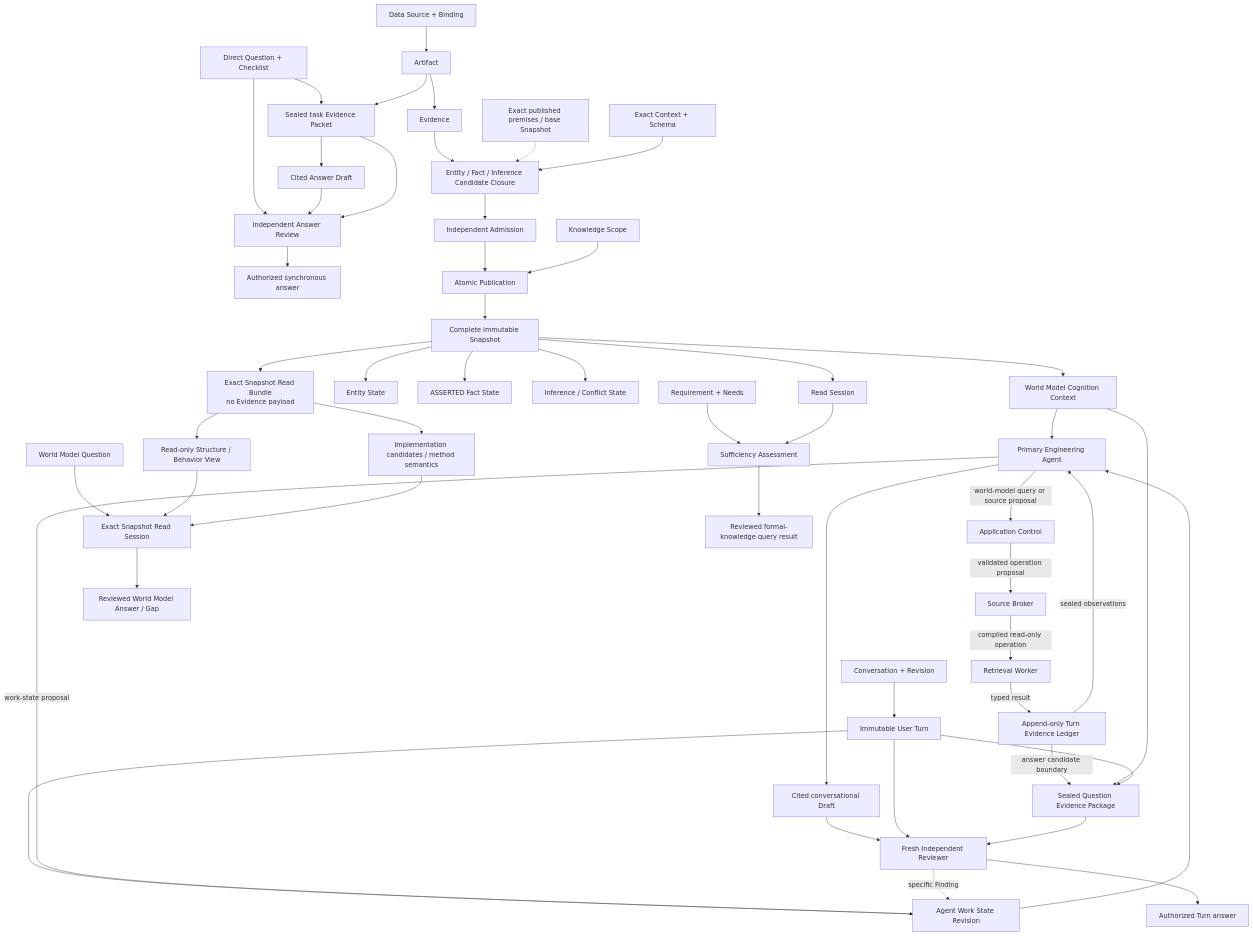
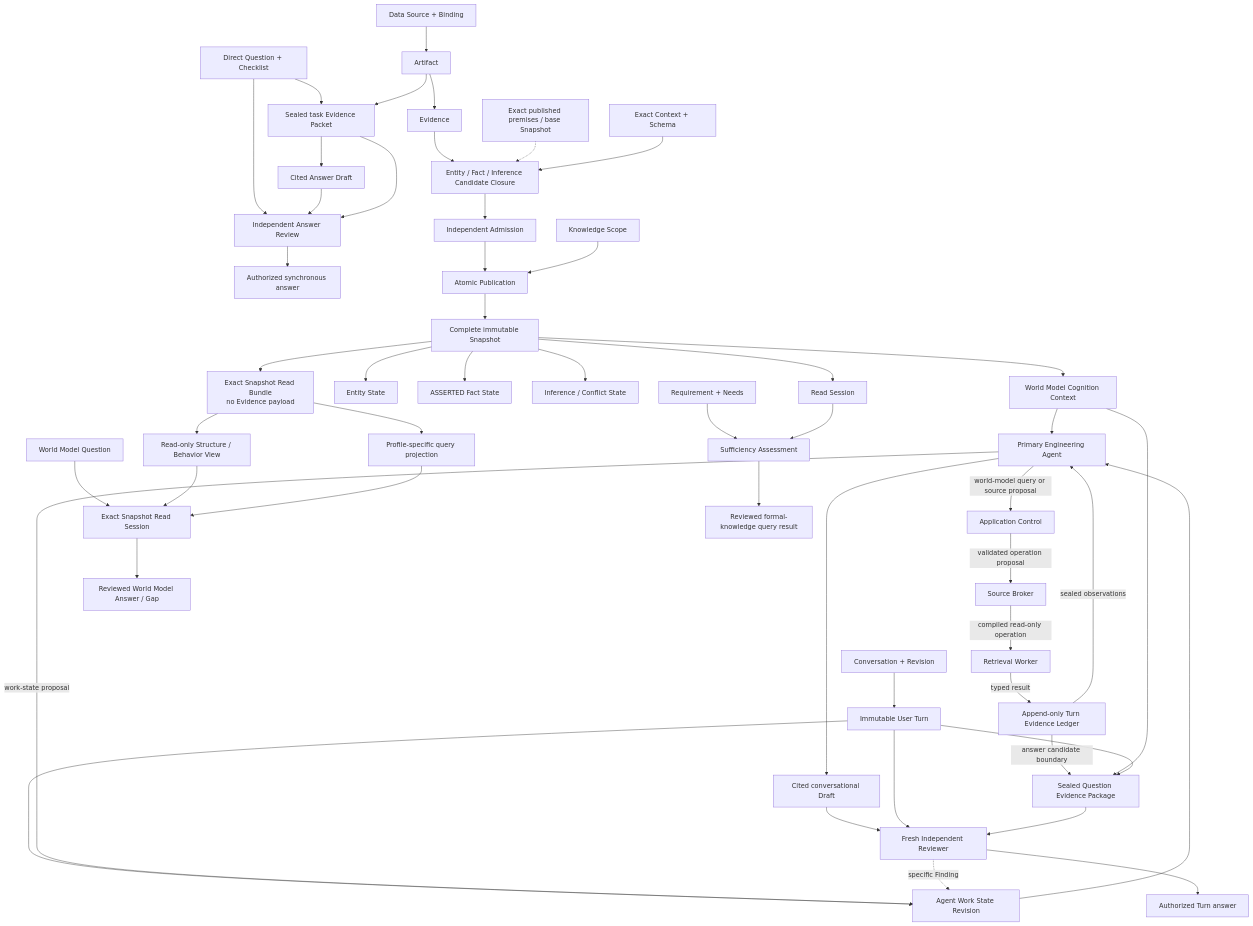
The diagram in docs/system/architecture/domain-model.md (baitianxia/software-world-model), drawn with Mermaid before and after one commit. The commit also changed other lines of this file and 83 other files, not shown here.

````diff
--- a/docs/system/architecture/domain-model.md
+++ b/docs/system/architecture/domain-model.md
@@ -14,53 +18,53 @@
 ```mermaid
 flowchart TD
     DS["Data Source + Binding"] --> AR["Artifact"]
     Q["Direct Question + Checklist"] --> EP["Sealed task Evidence Packet"]
     AR --> EP
     EP --> DA["Cited Answer Draft"]
     Q --> RV["Independent Answer Review"]
     DA --> RV
     EP --> RV
     RV --> AA["Authorized synchronous answer"]
     CV["Conversation + Revision"] --> TR["Immutable User Turn"]
     TR --> WS["Agent Work State Revision"]
     WS --> EA["Primary Engineering Agent"]
     SN --> WMC["World Model Cognition Context"]
     WMC --> EA
     EL["Append-only Turn Evidence Ledger"] -->|"sealed observations"| EA
     EA -->|"world-model query or source proposal"| AC["Application Control"]
     AC -->|"validated operation proposal"| SB["Source Broker"]
     SB -->|"compiled read-only operation"| RW["Retrieval Worker"]
     RW -->|"typed result"| EL
     EA -->|"work-state proposal"| WS
     EL -->|"answer candidate boundary"| QEP["Sealed Question Evidence Package"]
     WMC --> QEP
     TR --> QEP
     EA --> EQA["Cited conversational Draft"]
     EQA --> EQR["Fresh Independent Reviewer"]
     TR --> EQR
     QEP --> EQR
     EQR -. "specific Finding" .-> WS
     EQR --> EQD["Authorized Turn answer"]
     AR --> EV["Evidence"]
     EV --> CC["Entity / Fact / Inference Candidate Closure"]
     PS["Exact published premises / base Snapshot"] -.-> CC
     CX["Exact Context + Schema"] --> CC
     CC --> AD["Independent Admission"]
     AD --> PB["Atomic Publication"]
     KS["Knowledge Scope"] --> PB
     PB --> SN["Complete immutable Snapshot"]
     SN --> EN["Entity State"]
     SN --> FA["ASSERTED Fact State"]
     SN --> IN["Inference / Conflict State"]
     SN --> RB["Exact Snapshot Read Bundle<br/>no Evidence payload"]
     RB --> SV["Read-only Structure / Behavior View"]
-    RB --> IQ["Implementation candidates / method semantics"]
+    RB --> IQ["Profile-specific query projection"]
     WQ["World Model Question"] --> WR["Exact Snapshot Read Session"]
     SV --> WR
     IQ --> WR
     WR --> WA["Reviewed World Model Answer / Gap"]
     SN --> RS["Read Session"]
     RQ["Requirement + Needs"] --> AS["Sufficiency Assessment"]
     RS --> AS
     AS --> KA["Reviewed formal-knowledge query result"]
 ```
````
